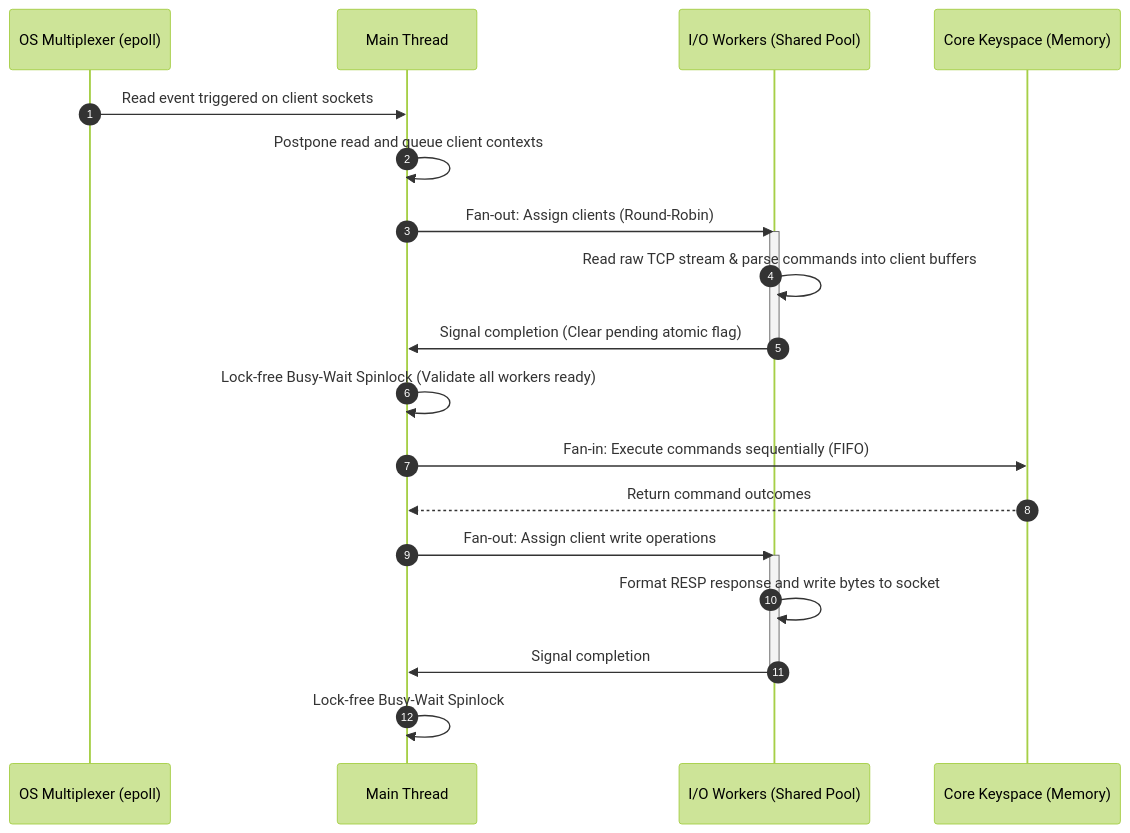
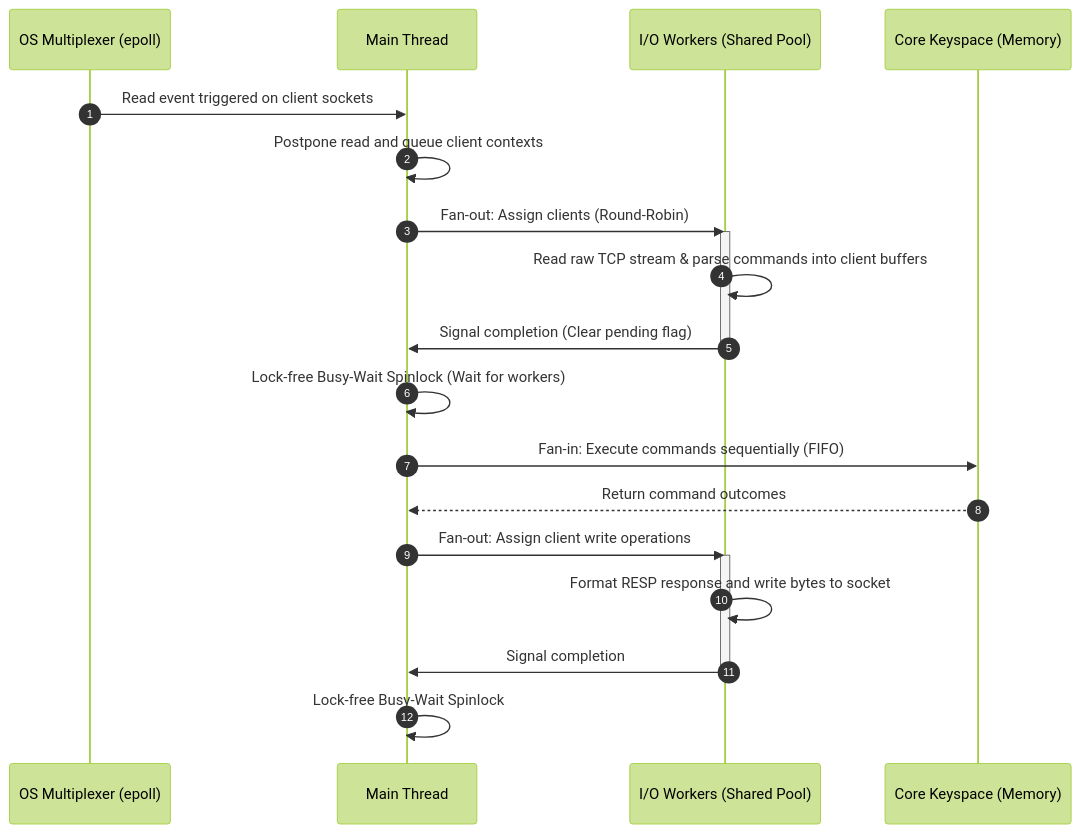
Before and after one commit to gergelyrozsonits/tech-stack-evaluations: the first of 2 diagrams in cache/redis/Redis Systems Architecture Reference Manual.md, drawn with Mermaid (forest theme). The commit also changed other lines of this file, not shown here.

Commit message:
Update Redis Systems Architecture Reference Manual.md

````diff
--- a/cache/redis/Redis Systems Architecture Reference Manual.md
+++ b/cache/redis/Redis Systems Architecture Reference Manual.md
@@ -67,25 +65,25 @@
-```mermaid
-sequenceDiagram
-    autonumber
-    participant Epoll as OS Multiplexer (epoll)
-    participant Main as Main Thread
-    participant Workers as I/O Workers (Shared Pool)
-    participant DB as Core Keyspace (Memory)
-
-    Epoll->>Main: Read event triggered on client sockets
-    Main->>Main: Postpone read and queue client contexts
-    Main->>Workers: Fan-out: Assign clients (Round-Robin)
-    activate Workers
-    Workers->>Workers: Read raw TCP stream & parse commands into client buffers
-    Workers->>Main: Signal completion (Clear pending atomic flag)
-    deactivate Workers
-    Main->>Main: Lock-free Busy-Wait Spinlock (Validate all workers ready)
-    Main->>DB: Fan-in: Execute commands sequentially (FIFO)
-    DB-->>Main: Return command outcomes
-    Main->>Workers: Fan-out: Assign client write operations
-    activate Workers
-    Workers->>Workers: Format RESP response and write bytes to socket
-    Workers->>Main: Signal completion
-    deactivate Workers
-    Main->>Main: Lock-free Busy-Wait Spinlock
-```
+  ```mermaid
+  sequenceDiagram
+      autonumber
+      participant Epoll as OS Multiplexer (epoll)
+      participant Main as Main Thread
+      participant Workers as I/O Workers (Shared Pool)
+      participant DB as Core Keyspace (Memory)
+  
+      Epoll->>Main: Read event triggered on client sockets
+      Main->>Main: Postpone read and queue client contexts
+      Main->>Workers: Fan-out: Assign clients (Round-Robin)
+      activate Workers
+      Workers->>Workers: Read raw TCP stream & parse commands into client buffers
+      Workers->>Main: Signal completion (Clear pending flag)
+      deactivate Workers
+      Main->>Main: Lock-free Busy-Wait Spinlock (Wait for workers)
+      Main->>DB: Fan-in: Execute commands sequentially (FIFO)
+      DB-->>Main: Return command outcomes
+      Main->>Workers: Fan-out: Assign client write operations
+      activate Workers
+      Workers->>Workers: Format RESP response and write bytes to socket
+      Workers->>Main: Signal completion
+      deactivate Workers
+      Main->>Main: Lock-free Busy-Wait Spinlock
+  ```
````
